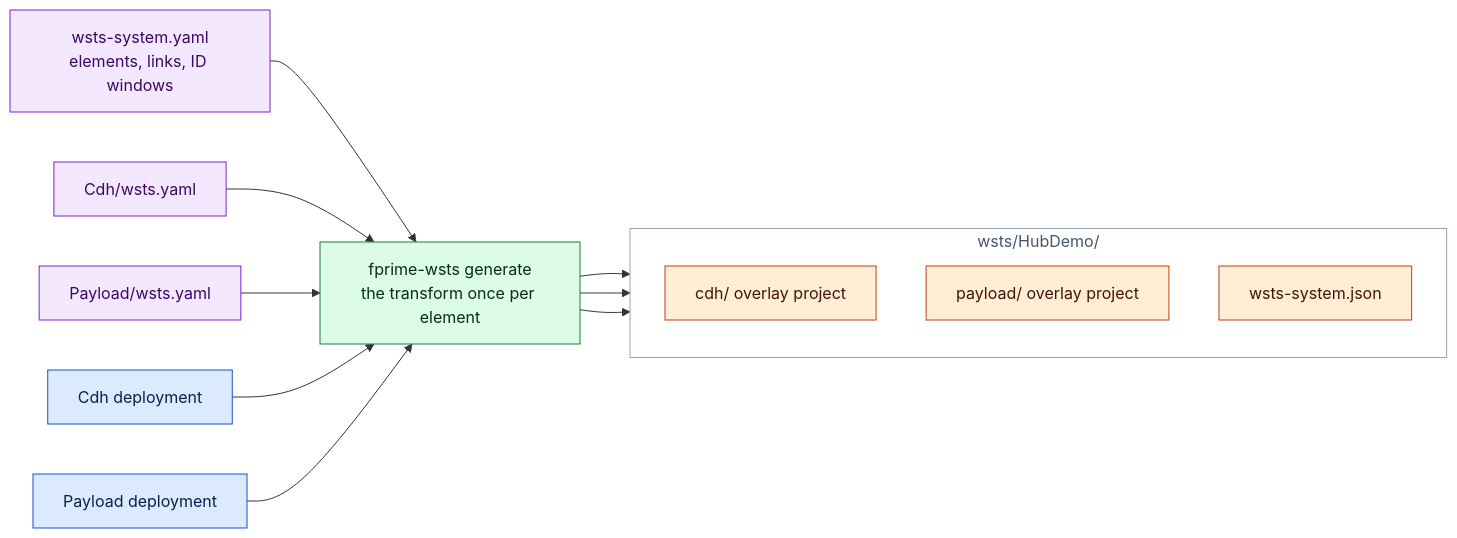
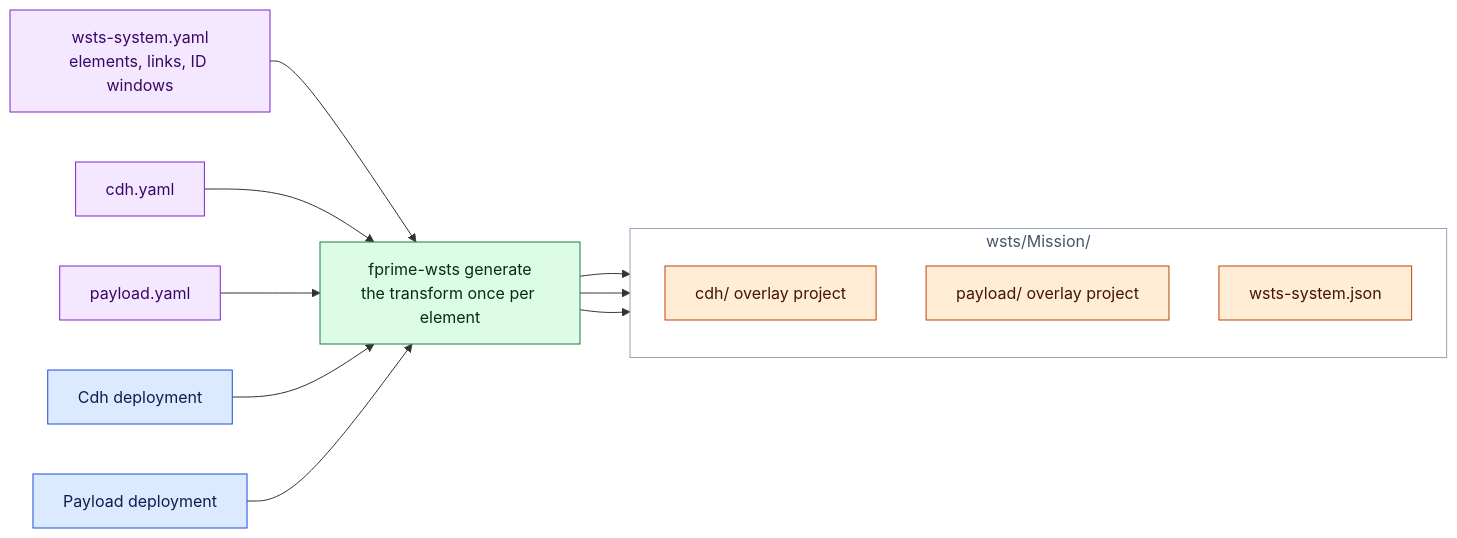
Before and after one commit to vincewoo/fprime-wsts: the second of 2 diagrams in docs/systems.md, drawn with Mermaid. The commit also changed other lines of this file and 301 other files, not shown here.

````diff
--- a/docs/systems.md
+++ b/docs/systems.md
@@ -101,30 +103,30 @@
 ```mermaid
 flowchart LR
   sys["wsts-system.yaml<br/>elements, links, ID windows"]:::user
-  cman["Cdh/wsts.yaml"]:::user
-  pman["Payload/wsts.yaml"]:::user
+  cman["cdh.yaml"]:::user
+  pman["payload.yaml"]:::user
   cfl["Cdh deployment"]:::flight
   pfl["Payload deployment"]:::flight
   gen["fprime-wsts generate<br/>the transform once per element"]:::toolkit
-  subgraph out["wsts/HubDemo/"]
+  subgraph out["wsts/Mission/"]
     direction TB
     cov["cdh/ overlay project"]:::generated
     pov["payload/ overlay project"]:::generated
     sj["wsts-system.json"]:::generated
   end
 
   sys --> gen
   cman --> gen
   pman --> gen
   cfl --> gen
   pfl --> gen
   gen --> cov
   gen --> pov
   gen --> sj
 
   classDef flight fill:#dbeafe,stroke:#1d4ed8,color:#0b1f4d
   classDef toolkit fill:#dcfce7,stroke:#15803d,color:#052e16
   classDef generated fill:#ffedd5,stroke:#c2410c,color:#431407
   classDef user fill:#f3e8ff,stroke:#7e22ce,color:#3b0764
   style out fill:none,stroke:#94a3b8,color:#475569
 ```
````
